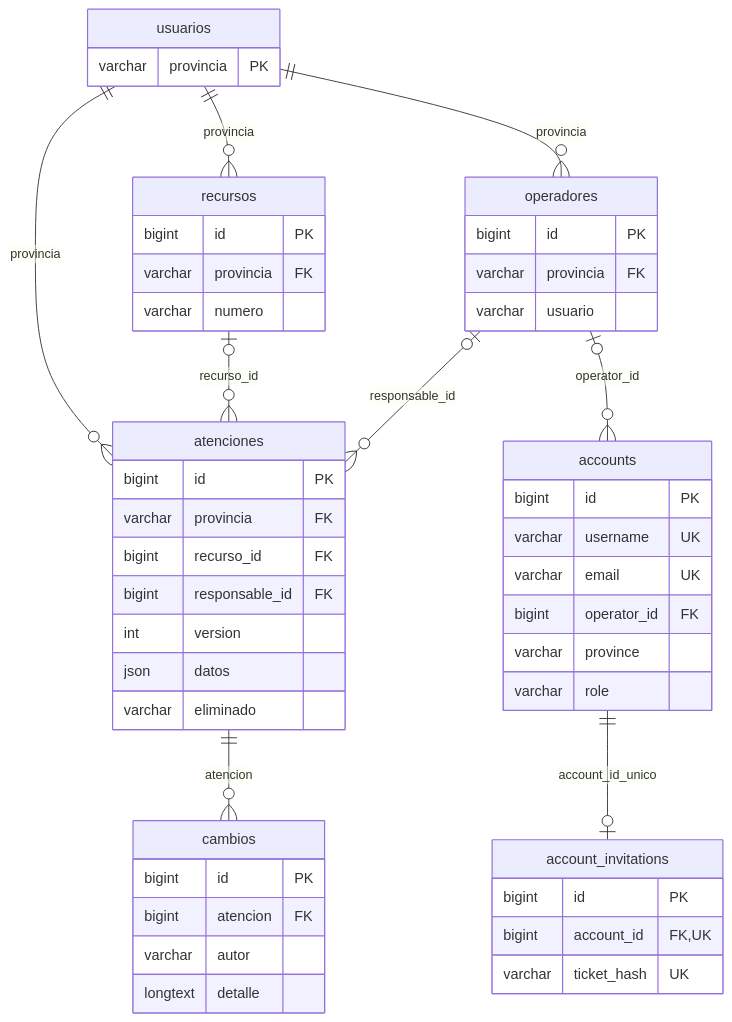
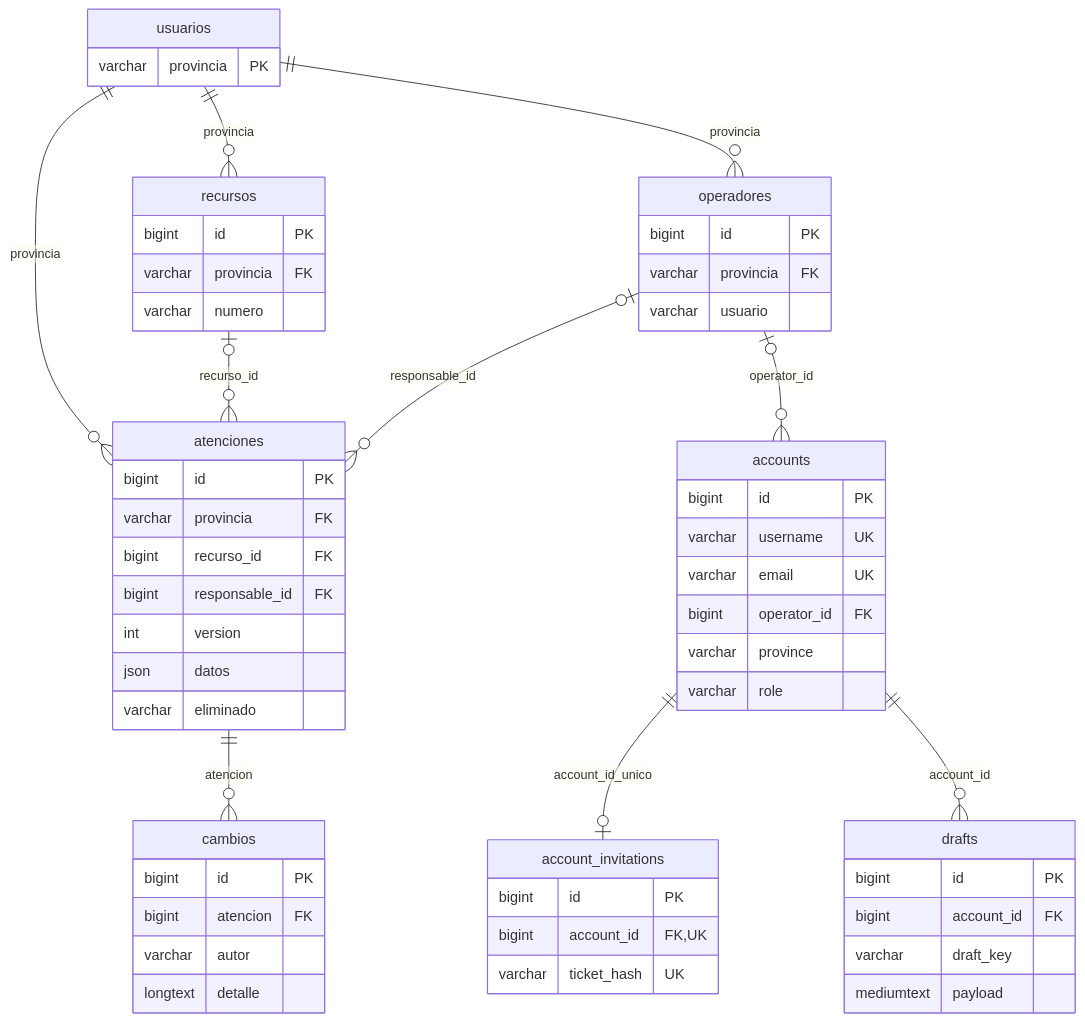
One commit to jossuevillafuerte-prog/aph-cruz-roja-ecuatoriana changed the diagram in docs/base-de-datos/relaciones.md. Above: the diagram before and after it, drawn with Mermaid. The commit also changed 21 other files, not shown here.

````diff
--- a/docs/base-de-datos/relaciones.md
+++ b/docs/base-de-datos/relaciones.md
@@ -5,52 +5,59 @@
 ```mermaid
 erDiagram
     usuarios ||--o{ operadores : provincia
     usuarios ||--o{ recursos : provincia
     usuarios ||--o{ atenciones : provincia
     recursos o|--o{ atenciones : recurso_id
     operadores o|--o{ atenciones : responsable_id
     operadores o|--o{ accounts : operator_id
     atenciones ||--o{ cambios : atencion
     accounts ||--o| account_invitations : account_id_unico
+    accounts ||--o{ drafts : account_id
     usuarios {
         varchar provincia PK
     }
     operadores {
         bigint id PK
         varchar provincia FK
         varchar usuario
     }
     recursos {
         bigint id PK
         varchar provincia FK
         varchar numero
     }
     atenciones {
         bigint id PK
         varchar provincia FK
         bigint recurso_id FK
         bigint responsable_id FK
         int version
         json datos
         varchar eliminado
     }
     cambios {
         bigint id PK
         bigint atencion FK
         varchar autor
         longtext detalle
     }
     accounts {
         bigint id PK
         varchar username UK
         varchar email UK
         bigint operator_id FK
         varchar province
         varchar role
     }
     account_invitations {
         bigint id PK
         bigint account_id FK,UK
         varchar ticket_hash UK
     }
+    drafts {
+        bigint id PK
+        bigint account_id FK
+        varchar draft_key
+        mediumtext payload
+    }
 ```
````
